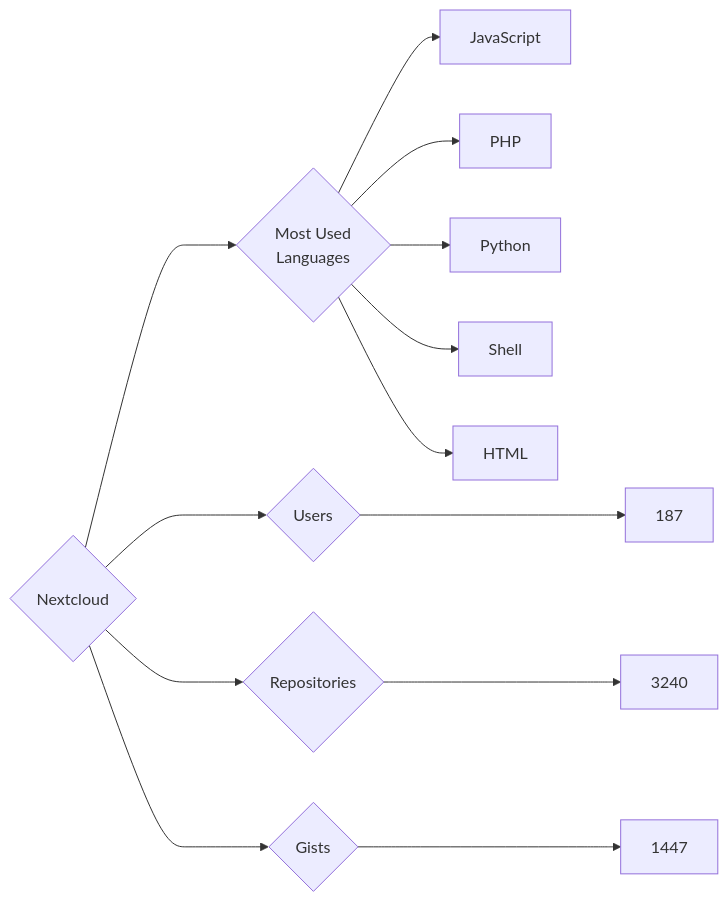
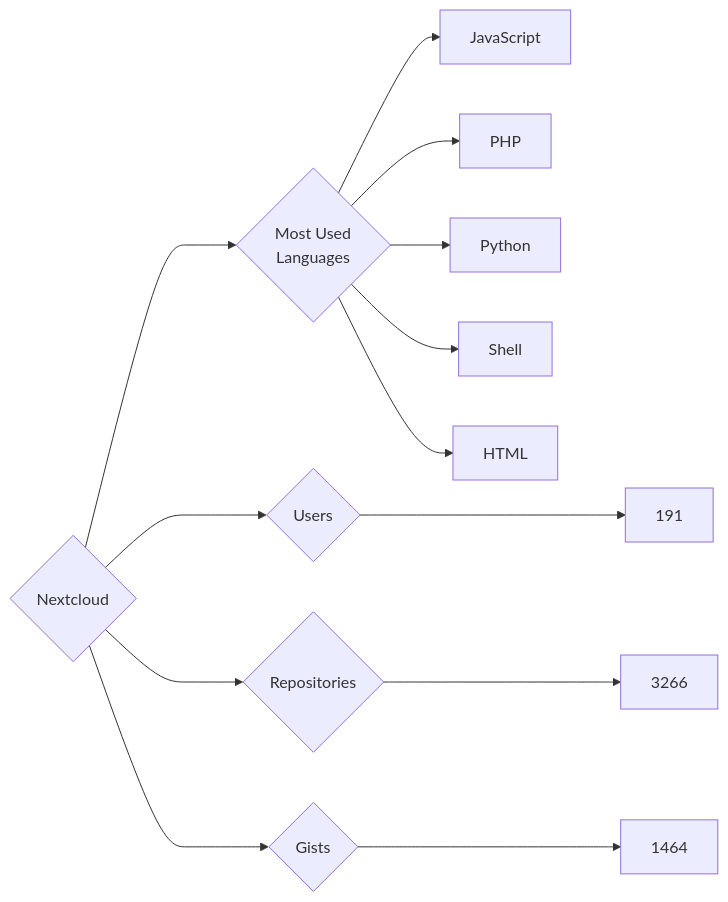
One commit to trickest/insiders changed the diagram in targets/Nextcloud/README.md. Above: the diagram before and after it, drawn with Mermaid. The commit also changed 953 other files, not shown here.

````diff
--- a/targets/Nextcloud/README.md
+++ b/targets/Nextcloud/README.md
@@ -3,13 +3,13 @@
 ```mermaid
 graph LR
 COMPANY_NAME{Nextcloud}
-COMPANY_NAME ---> U{Users} ---> UN[187]
-COMPANY_NAME ---> R{Repositories} ---> RN[3240]
-COMPANY_NAME ---> G{Gists} ---> GN[1447]
+COMPANY_NAME ---> U{Users} ---> UN[191]
+COMPANY_NAME ---> R{Repositories} ---> RN[3266]
+COMPANY_NAME ---> G{Gists} ---> GN[1464]
 COMPANY_NAME ---> ML{Most Used<br>Languages}
 ML --> JavaScript[JavaScript]
 ML --> PHP[PHP]
 ML --> Python[Python]
 ML --> Shell[Shell]
 ML --> HTML[HTML]
 ```
````
